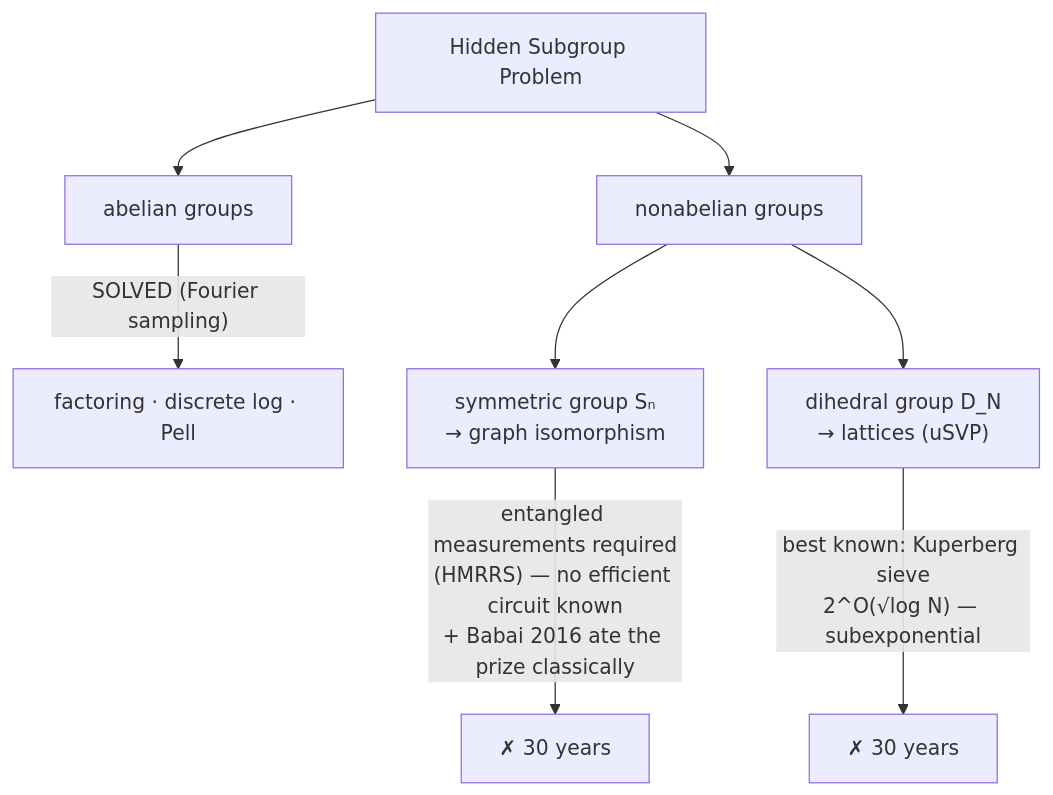
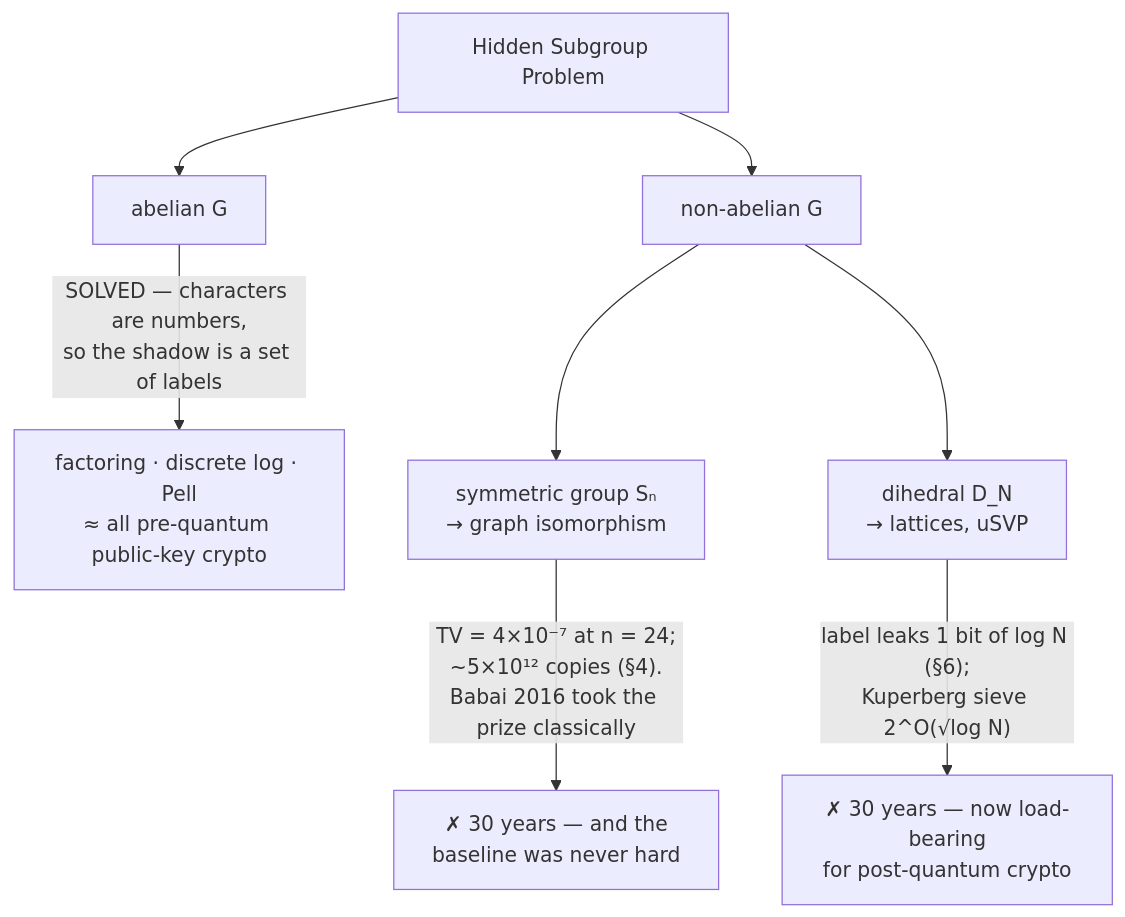
The diagram in predecessors/05-hsp-graveyard/notes.md (mamuncseru/quantum-advantage-quest), drawn with Mermaid before and after one commit. The commit also changed other lines of this file, not shown here.

Commit message:
Rewrite autopsy 05: the wall is subgroup-specific, and the graph-isomorphism prize evaporated twice

````diff
--- a/predecessors/05-hsp-graveyard/notes.md
+++ b/predecessors/05-hsp-graveyard/notes.md
@@ -30,10 +474,10 @@
 ```mermaid
 graph TD
-    HSP["Hidden Subgroup Problem"] --> AB["abelian groups"]
-    HSP --> NAB["nonabelian groups"]
-    AB -->|"SOLVED (Fourier sampling)"| WINS["factoring · discrete log · Pell"]
-    NAB --> SN["symmetric group Sₙ<br>→ graph isomorphism"]
-    NAB --> DN["dihedral group D_N<br>→ lattices (uSVP)"]
-    SN -->|"entangled measurements required<br>(HMRRS) — no efficient circuit known<br>+ Babai 2016 ate the prize classically"| DEAD1["✗ 30 years"]
-    DN -->|"best known: Kuperberg sieve<br>2^O(√log N) — subexponential"| DEAD2["✗ 30 years"]
+  HSP["Hidden Subgroup Problem"] --> AB["abelian G"]
+  HSP --> NAB["non-abelian G"]
+  AB -->|"SOLVED — characters are numbers,<br/>so the shadow is a set of labels"| WINS["factoring · discrete log · Pell<br/>≈ all pre-quantum public-key crypto"]
+  NAB --> SN["symmetric group Sₙ<br/>→ graph isomorphism"]
+  NAB --> DN["dihedral D_N<br/>→ lattices, uSVP"]
+  SN -->|"TV = 4×10⁻⁷ at n = 24;<br/>~5×10¹² copies (§4).<br/>Babai 2016 took the prize classically"| DEAD1["✗ 30 years — and the<br/>baseline was never hard"]
+  DN -->|"label leaks 1 bit of log N (§6);<br/>Kuperberg sieve 2^O(√log N)"| DEAD2["✗ 30 years — now load-bearing<br/>for post-quantum crypto"]
 ```
````
